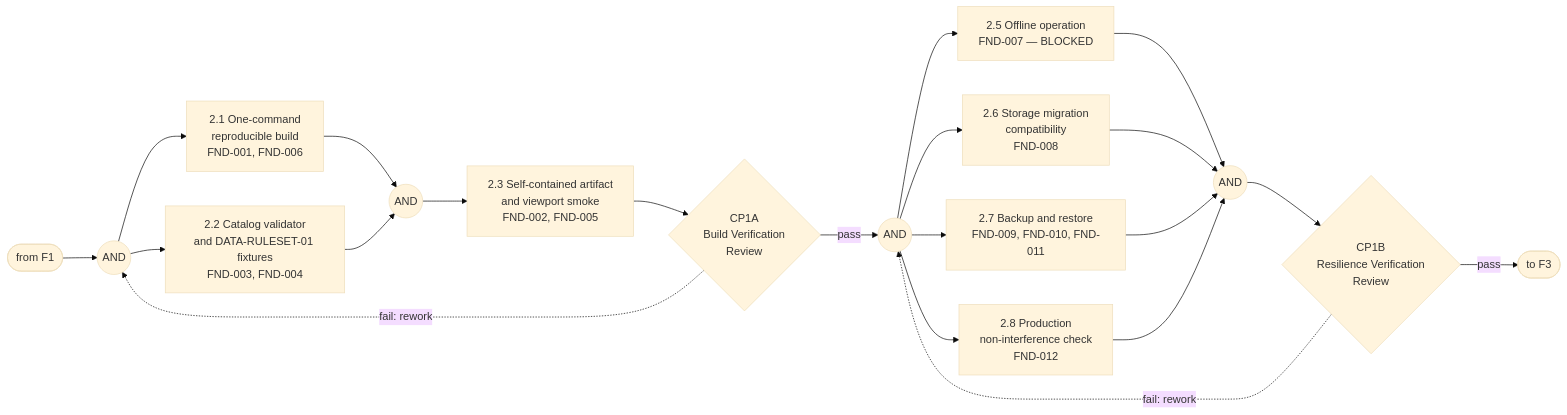
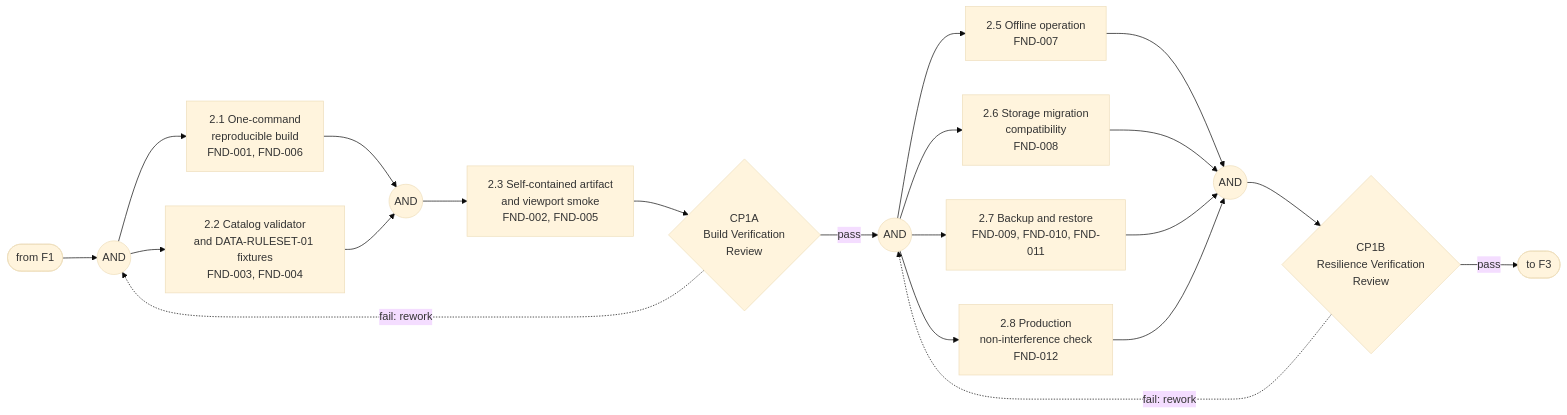
The third of 10 diagrams in docs/FFBD-india-upgrade-ecss.md (agoculdas/nutrition-shared), drawn with Mermaid (base theme) before and after one commit. The commit also changed other lines of this file and 65 other files, not shown here.

````diff
--- a/docs/FFBD-india-upgrade-ecss.md
+++ b/docs/FFBD-india-upgrade-ecss.md
@@ -69,23 +71,23 @@
 ```mermaid
 flowchart LR
     IN([from F1]) --> A1((AND))
     A1 --> F21["2.1 One-command<br/>reproducible build<br/>FND-001, FND-006"]
     A1 --> F22["2.2 Catalog validator<br/>and DATA-RULESET-01 fixtures<br/>FND-003, FND-004"]
     F21 --> A2((AND))
     F22 --> A2
     A2 --> F23["2.3 Self-contained artifact<br/>and viewport smoke<br/>FND-002, FND-005"]
     F23 --> G1{"CP1A<br/>Build Verification<br/>Review"}
     G1 -->|pass| A3((AND))
     G1 -.->|"fail: rework"| A1
-    A3 --> F25["2.5 Offline operation<br/>FND-007 — BLOCKED"]
+    A3 --> F25["2.5 Offline operation<br/>FND-007"]
     A3 --> F26["2.6 Storage migration<br/>compatibility<br/>FND-008"]
     A3 --> F27["2.7 Backup and restore<br/>FND-009, FND-010, FND-011"]
     A3 --> F28["2.8 Production<br/>non-interference check<br/>FND-012"]
     F25 --> A4((AND))
     F26 --> A4
     F27 --> A4
     F28 --> A4
     A4 --> G2{"CP1B<br/>Resilience Verification<br/>Review"}
     G2 -->|pass| OUT([to F3])
     G2 -.->|"fail: rework"| A3
 ```
````
